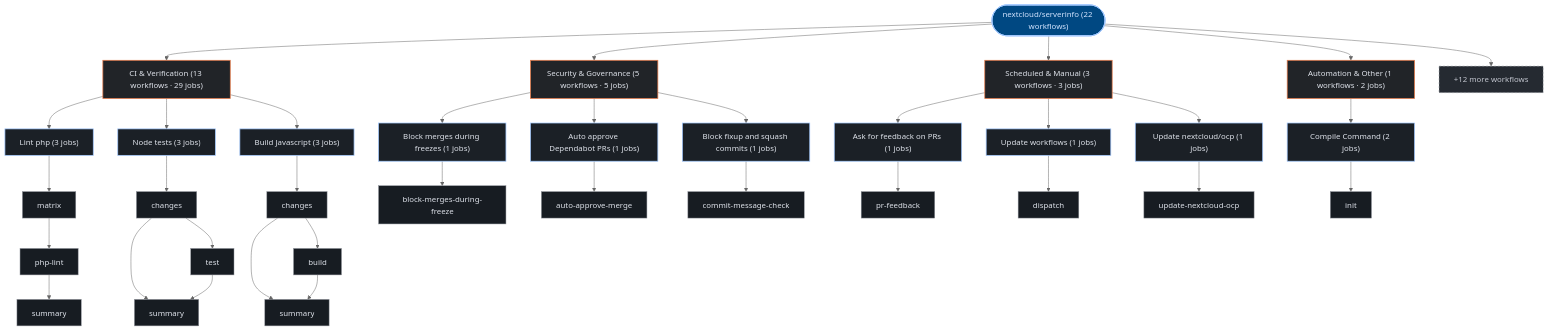
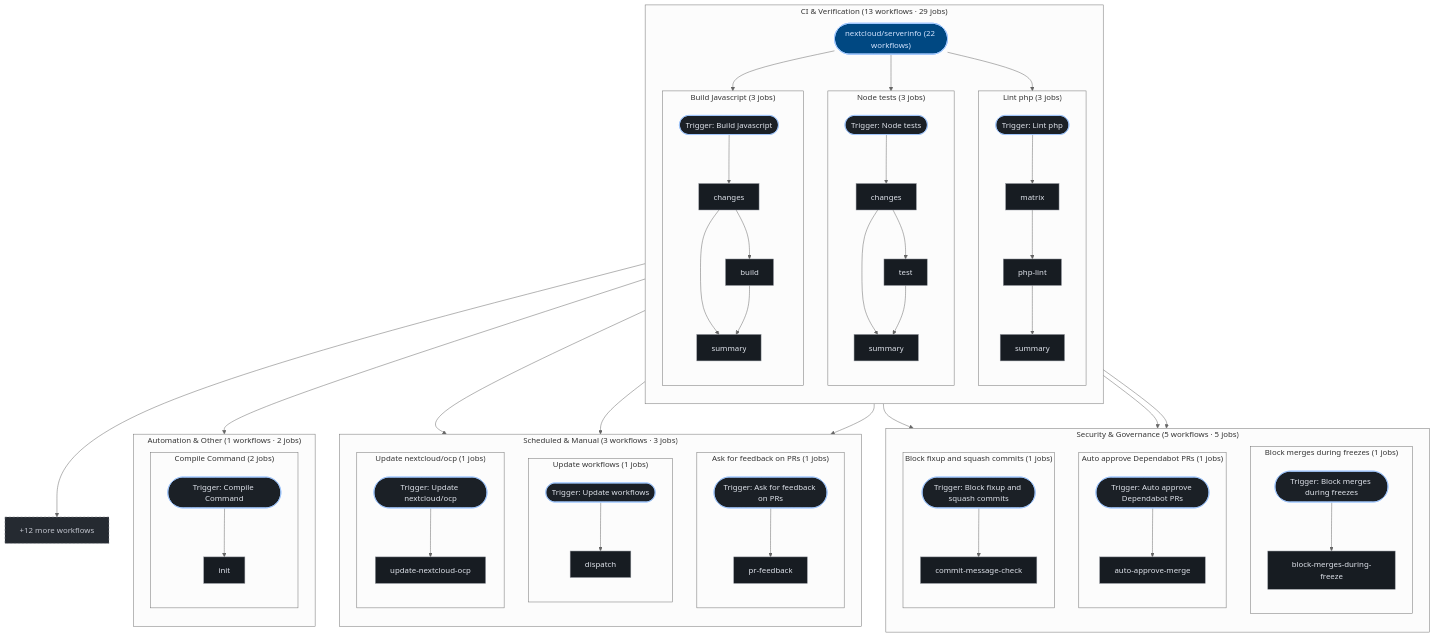
The second of 2 diagrams in exports/latest/reports/nextcloud-serverinfo-report.md (kumarshaz/atruss-code-atlas), drawn with Mermaid (neutral theme) before and after one commit. The commit also changed 181 other files, not shown here.

````diff
--- a/exports/latest/reports/nextcloud-serverinfo-report.md
+++ b/exports/latest/reports/nextcloud-serverinfo-report.md
@@ -209,68 +209,102 @@
   classDef atlasAlert fill:#93000a,stroke:#ffb4ab,stroke-width:1.5px,color:#ffdad6
   classDef atlasMore fill:#252a31,stroke:#8d9199,stroke-dasharray:4 4,color:#c3c6cf
   pipeline_root(["nextcloud/serverinfo (22 workflows)"]):::atlasRoot
-  grp_0_CI___Verification["CI & Verification (13 workflows · 29 jobs)"]:::atlasCategory
-  pipeline_root --> grp_0_CI___Verification
-  wf_8_Lint_php["Lint php (3 jobs)"]:::atlasWorkflow
-  grp_0_CI___Verification --> wf_8_Lint_php
-  job_8_matrix["matrix"]:::atlasJob
-  job_8_php_lint["php-lint"]:::atlasJob
-  job_8_summary["summary"]:::atlasJob
-  wf_8_Lint_php --> job_8_matrix
-  job_8_matrix --> job_8_php_lint
-  job_8_php_lint --> job_8_summary
-  wf_9_Node_tests["Node tests (3 jobs)"]:::atlasWorkflow
-  grp_0_CI___Verification --> wf_9_Node_tests
-  job_9_changes["changes"]:::atlasJob
-  job_9_test["test"]:::atlasJob
-  job_9_summary["summary"]:::atlasJob
-  wf_9_Node_tests --> job_9_changes
-  job_9_changes --> job_9_test
-  job_9_changes --> job_9_summary
-  job_9_test --> job_9_summary
-  wf_11_Build_Javascript["Build Javascript (3 jobs)"]:::atlasWorkflow
-  grp_0_CI___Verification --> wf_11_Build_Javascript
-  job_11_changes["changes"]:::atlasJob
-  job_11_build["build"]:::atlasJob
-  job_11_summary["summary"]:::atlasJob
-  wf_11_Build_Javascript --> job_11_changes
-  job_11_changes --> job_11_build
-  job_11_changes --> job_11_summary
-  job_11_build --> job_11_summary
-  grp_1_Security___Governance["Security & Governance (5 workflows · 5 jobs)"]:::atlasCategory
-  pipeline_root --> grp_1_Security___Governance
-  wf_1_Block_merges_during_freezes["Block merges during freezes (1 jobs)"]:::atlasWorkflow
-  grp_1_Security___Governance --> wf_1_Block_merges_during_freezes
-  job_1_block_merges_during_freeze["block-merges-during-freeze"]:::atlasJob
-  wf_1_Block_merges_during_freezes --> job_1_block_merges_during_freeze
-  wf_4_Auto_approve_Dependabot_PRs["Auto approve Dependabot PRs (1 jobs)"]:::atlasWorkflow
-  grp_1_Security___Governance --> wf_4_Auto_approve_Dependabot_PRs
-  job_4_auto_approve_merge["auto-approve-merge"]:::atlasJob
-  wf_4_Auto_approve_Dependabot_PRs --> job_4_auto_approve_merge
-  wf_5_Block_fixup_and_squash_commits["Block fixup and squash commits (1 jobs)"]:::atlasWorkflow
-  grp_1_Security___Governance --> wf_5_Block_fixup_and_squash_commits
-  job_5_commit_message_check["commit-message-check"]:::atlasJob
-  wf_5_Block_fixup_and_squash_commits --> job_5_commit_message_check
-  grp_2_Scheduled___Manual["Scheduled & Manual (3 workflows · 3 jobs)"]:::atlasCategory
-  pipeline_root --> grp_2_Scheduled___Manual
-  wf_17_Ask_for_feedback_on_PRs["Ask for feedback on PRs (1 jobs)"]:::atlasWorkflow
-  grp_2_Scheduled___Manual --> wf_17_Ask_for_feedback_on_PRs
-  job_17_pr_feedback["pr-feedback"]:::atlasJob
-  wf_17_Ask_for_feedback_on_PRs --> job_17_pr_feedback
-  wf_20_Update_workflows["Update workflows (1 jobs)"]:::atlasWorkflow
-  grp_2_Scheduled___Manual --> wf_20_Update_workflows
-  job_20_dispatch["dispatch"]:::atlasJob
-  wf_20_Update_workflows --> job_20_dispatch
-  wf_21_Update_nextcloud_ocp["Update nextcloud/ocp (1 jobs)"]:::atlasWorkflow
-  grp_2_Scheduled___Manual --> wf_21_Update_nextcloud_ocp
-  job_21_update_nextcloud_ocp["update-nextcloud-ocp"]:::atlasJob
-  wf_21_Update_nextcloud_ocp --> job_21_update_nextcloud_ocp
-  grp_3_Automation___Other["Automation & Other (1 workflows · 2 jobs)"]:::atlasCategory
-  pipeline_root --> grp_3_Automation___Other
-  wf_3_Compile_Command["Compile Command (2 jobs)"]:::atlasWorkflow
-  grp_3_Automation___Other --> wf_3_Compile_Command
-  job_3_init["init"]:::atlasJob
-  wf_3_Compile_Command --> job_3_init
+  subgraph sg_grp_0_CI___Verification["CI & Verification (13 workflows · 29 jobs)"]
+    direction TB
+    subgraph sg_wf_8_Lint_php["Lint php (3 jobs)"]
+      direction TB
+      wf_8_Lint_php(["Trigger: Lint php"]):::atlasWorkflow
+      job_8_matrix["matrix"]:::atlasJob
+      job_8_php_lint["php-lint"]:::atlasJob
+      job_8_summary["summary"]:::atlasJob
+      wf_8_Lint_php --> job_8_matrix
+      job_8_matrix --> job_8_php_lint
+      job_8_php_lint --> job_8_summary
+    end
+    pipeline_root --> wf_8_Lint_php
+    subgraph sg_wf_9_Node_tests["Node tests (3 jobs)"]
+      direction TB
+      wf_9_Node_tests(["Trigger: Node tests"]):::atlasWorkflow
+      job_9_changes["changes"]:::atlasJob
+      job_9_test["test"]:::atlasJob
+      job_9_summary["summary"]:::atlasJob
+      wf_9_Node_tests --> job_9_changes
+      job_9_changes --> job_9_test
+      job_9_changes --> job_9_summary
+      job_9_test --> job_9_summary
+    end
+    pipeline_root --> wf_9_Node_tests
+    subgraph sg_wf_11_Build_Javascript["Build Javascript (3 jobs)"]
+      direction TB
+      wf_11_Build_Javascript(["Trigger: Build Javascript"]):::atlasWorkflow
+      job_11_changes["changes"]:::atlasJob
+      job_11_build["build"]:::atlasJob
+      job_11_summary["summary"]:::atlasJob
+      wf_11_Build_Javascript --> job_11_changes
+      job_11_changes --> job_11_build
+      job_11_changes --> job_11_summary
+      job_11_build --> job_11_summary
+    end
+    pipeline_root --> wf_11_Build_Javascript
+  end
+  subgraph sg_grp_1_Security___Governance["Security & Governance (5 workflows · 5 jobs)"]
+    direction TB
+    subgraph sg_wf_1_Block_merges_during_freezes["Block merges during freezes (1 jobs)"]
+      direction TB
+      wf_1_Block_merges_during_freezes(["Trigger: Block merges during freezes"]):::atlasWorkflow
+      job_1_block_merges_during_freeze["block-merges-during-freeze"]:::atlasJob
+      wf_1_Block_merges_during_freezes --> job_1_block_merges_during_freeze
+    end
+    pipeline_root --> wf_1_Block_merges_during_freezes
+    subgraph sg_wf_4_Auto_approve_Dependabot_PRs["Auto approve Dependabot PRs (1 jobs)"]
+      direction TB
+      wf_4_Auto_approve_Dependabot_PRs(["Trigger: Auto approve Dependabot PRs"]):::atlasWorkflow
+      job_4_auto_approve_merge["auto-approve-merge"]:::atlasJob
+      wf_4_Auto_approve_Dependabot_PRs --> job_4_auto_approve_merge
+    end
+    pipeline_root --> wf_4_Auto_approve_Dependabot_PRs
+    subgraph sg_wf_5_Block_fixup_and_squash_commits["Block fixup and squash commits (1 jobs)"]
+      direction TB
+      wf_5_Block_fixup_and_squash_commits(["Trigger: Block fixup and squash commits"]):::atlasWorkflow
+      job_5_commit_message_check["commit-message-check"]:::atlasJob
+      wf_5_Block_fixup_and_squash_commits --> job_5_commit_message_check
+    end
+    pipeline_root --> wf_5_Block_fixup_and_squash_commits
+  end
+  subgraph sg_grp_2_Scheduled___Manual["Scheduled & Manual (3 workflows · 3 jobs)"]
+    direction TB
+    subgraph sg_wf_17_Ask_for_feedback_on_PRs["Ask for feedback on PRs (1 jobs)"]
+      direction TB
+      wf_17_Ask_for_feedback_on_PRs(["Trigger: Ask for feedback on PRs"]):::atlasWorkflow
+      job_17_pr_feedback["pr-feedback"]:::atlasJob
+      wf_17_Ask_for_feedback_on_PRs --> job_17_pr_feedback
+    end
+    pipeline_root --> wf_17_Ask_for_feedback_on_PRs
+    subgraph sg_wf_20_Update_workflows["Update workflows (1 jobs)"]
+      direction TB
+      wf_20_Update_workflows(["Trigger: Update workflows"]):::atlasWorkflow
+      job_20_dispatch["dispatch"]:::atlasJob
+      wf_20_Update_workflows --> job_20_dispatch
+    end
+    pipeline_root --> wf_20_Update_workflows
+    subgraph sg_wf_21_Update_nextcloud_ocp["Update nextcloud/ocp (1 jobs)"]
+      direction TB
+      wf_21_Update_nextcloud_ocp(["Trigger: Update nextcloud/ocp"]):::atlasWorkflow
+      job_21_update_nextcloud_ocp["update-nextcloud-ocp"]:::atlasJob
+      wf_21_Update_nextcloud_ocp --> job_21_update_nextcloud_ocp
+    end
+    pipeline_root --> wf_21_Update_nextcloud_ocp
+  end
+  subgraph sg_grp_3_Automation___Other["Automation & Other (1 workflows · 2 jobs)"]
+    direction TB
+    subgraph sg_wf_3_Compile_Command["Compile Command (2 jobs)"]
+      direction TB
+      wf_3_Compile_Command(["Trigger: Compile Command"]):::atlasWorkflow
+      job_3_init["init"]:::atlasJob
+      wf_3_Compile_Command --> job_3_init
+    end
+    pipeline_root --> wf_3_Compile_Command
+  end
   wf_more["+12 more workflows"]:::atlasMore
   pipeline_root --> wf_more
 ```
````
